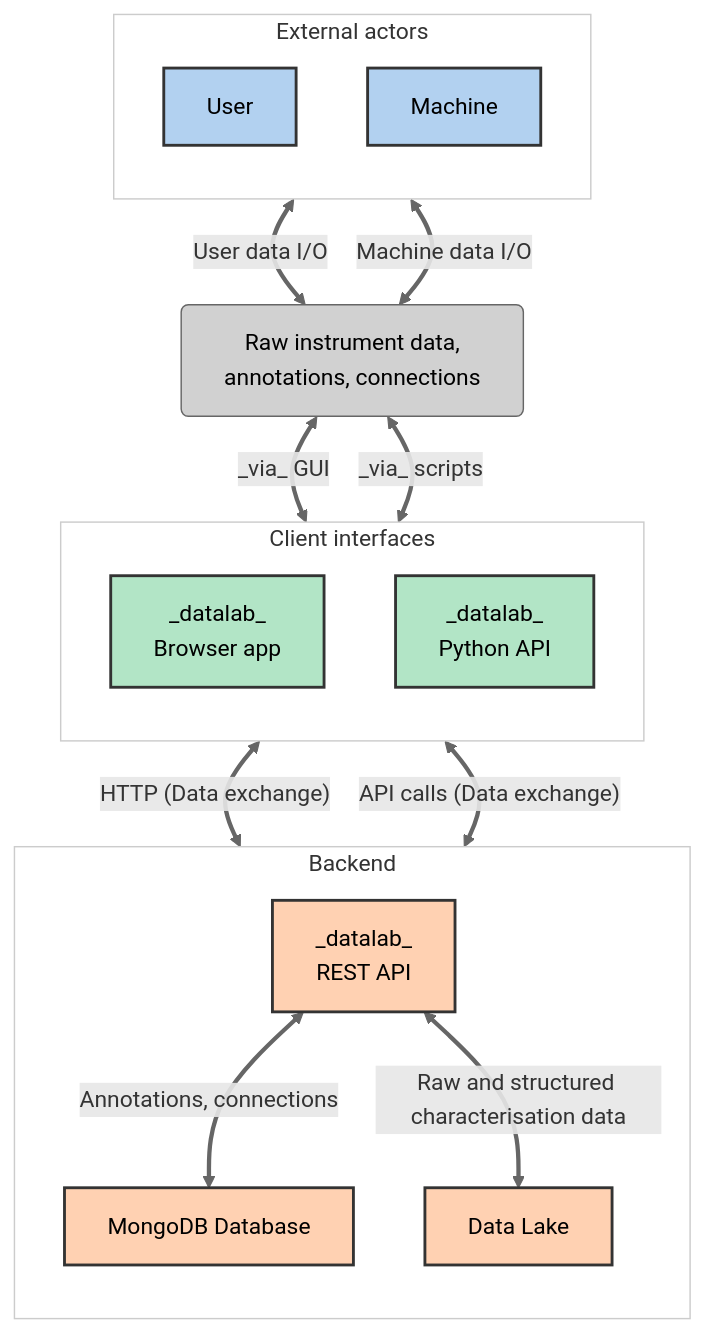
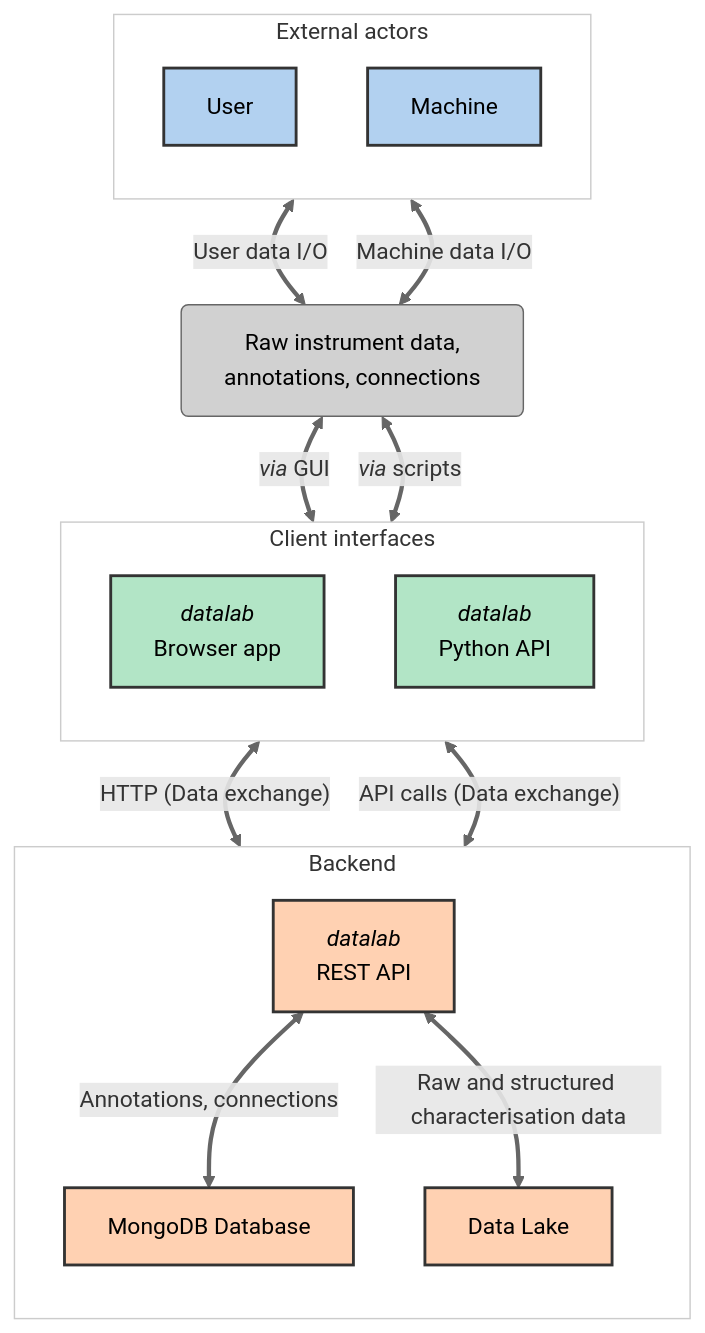
Before and after one commit to datalab-org/datalab: the diagram in pydatalab/docs/about.md, drawn with Mermaid. The commit also changed other lines of this file and 7 other files, not shown here.

````diff
--- a/pydatalab/docs/about.md
+++ b/pydatalab/docs/about.md
@@ -23,61 +19,64 @@
 ```mermaid
 graph TD
 classDef actor fill:#0066CC,fill-opacity:0.3,stroke:#333,stroke-width:2px,color:#000;
 classDef clientInterface fill:#00AA44,fill-opacity:0.3,stroke:#333,stroke-width:2px,color:#000;
 classDef coreComponent fill:#FF6600,fill-opacity:0.3,stroke:#333,stroke-width:2px,color:#000;
 classDef umbrellaLabel fill:#666666,fill-opacity:0.3,stroke:#666,stroke-width:1px,color:#000,rx:5,ry:5,text-align:center;
 classDef subgraphStyle fill:#f9f9f9,fill-opacity:0.1,stroke:#ccc,stroke-width:1px;
 
     subgraph ExternalActors [External actors]
         direction TB
         User[User]
         Machine[Machine]
     end
     class User,Machine actor;
     class ExternalActors subgraphStyle;
 
     UmbrellaDesc["Raw instrument data,<br>annotations, connections"]
     class UmbrellaDesc umbrellaLabel;
 
     subgraph ClientInterfaces [Client interfaces]
         direction TB
-        BrowserApp[_datalab_<br>Browser app]
-        PythonAPI[_datalab_<br>Python API]
+        BrowserApp["`*datalab*
+Browser app`"]
+        PythonAPI["`*datalab*
+Python API`"]
     end
     class BrowserApp,PythonAPI clientInterface;
     class ClientInterfaces subgraphStyle;
 
     subgraph Backend
         direction TB
-        RESTAPI[_datalab_<br>REST API]
+        RESTAPI["`*datalab*
+REST API`"]
         MongoDB[MongoDB Database]
         DataLake[Data Lake]
     end
     class RESTAPI,MongoDB,DataLake coreComponent;
     class Backend subgraphStyle;
 
     User      <-- "User data I/O" --> UmbrellaDesc;
     Machine   <-- "Machine data I/O" --> UmbrellaDesc;
 
-    UmbrellaDesc <-- "_via_ GUI" --> BrowserApp;
-    UmbrellaDesc <-- "_via_ scripts" --> PythonAPI;
+    UmbrellaDesc <-- "`*via* GUI`" --> BrowserApp;
+    UmbrellaDesc <-- "`*via* scripts`" --> PythonAPI;
 
     BrowserApp  <-- "HTTP (Data exchange)" --> RESTAPI;
     PythonAPI   <-- "API calls (Data exchange)" --> RESTAPI;
 
     RESTAPI <-- "Annotations, connections" --> MongoDB;
     RESTAPI <-- "Raw and structured characterisation data" --> DataLake;
 
     linkStyle 0 stroke:#666,stroke-width:3px
     linkStyle 1 stroke:#666,stroke-width:3px
     linkStyle 2 stroke:#666,stroke-width:3px
     linkStyle 3 stroke:#666,stroke-width:3px
     linkStyle 4 stroke:#666,stroke-width:3px
     linkStyle 5 stroke:#666,stroke-width:3px
     linkStyle 6 stroke:#666,stroke-width:3px
     linkStyle 7 stroke:#666,stroke-width:3px
 
     click PythonAPI "https://github.com/datalab-org/datalab-api" "datalab Python API on GitHub" _blank
     click BrowserApp "https://github.com/datalab-org/datalab/tree/main/webapp" "datalab Browser App on GitHub" _blank
     click RESTAPI "https://github.com/datalab-org/datalab/tree/main/pydatalab" "pydatalab REST API on GitHub" _blank
 ```
````
